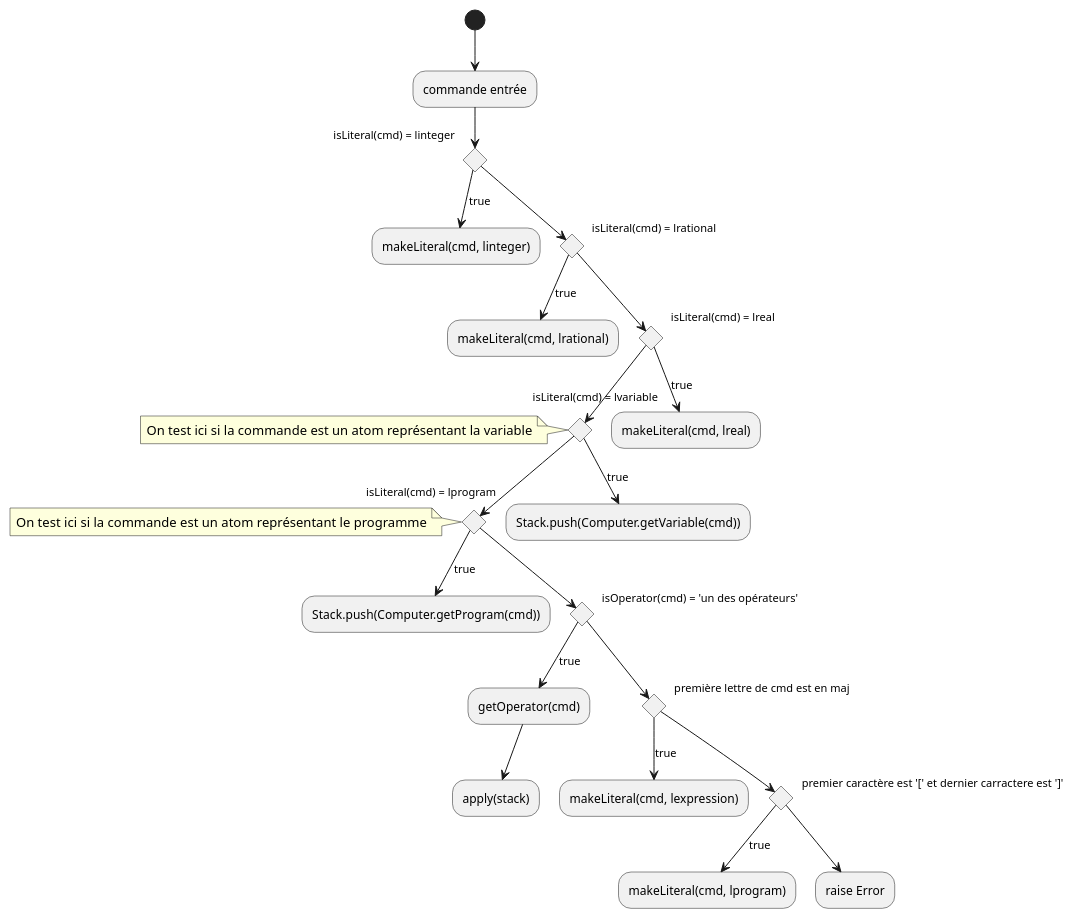
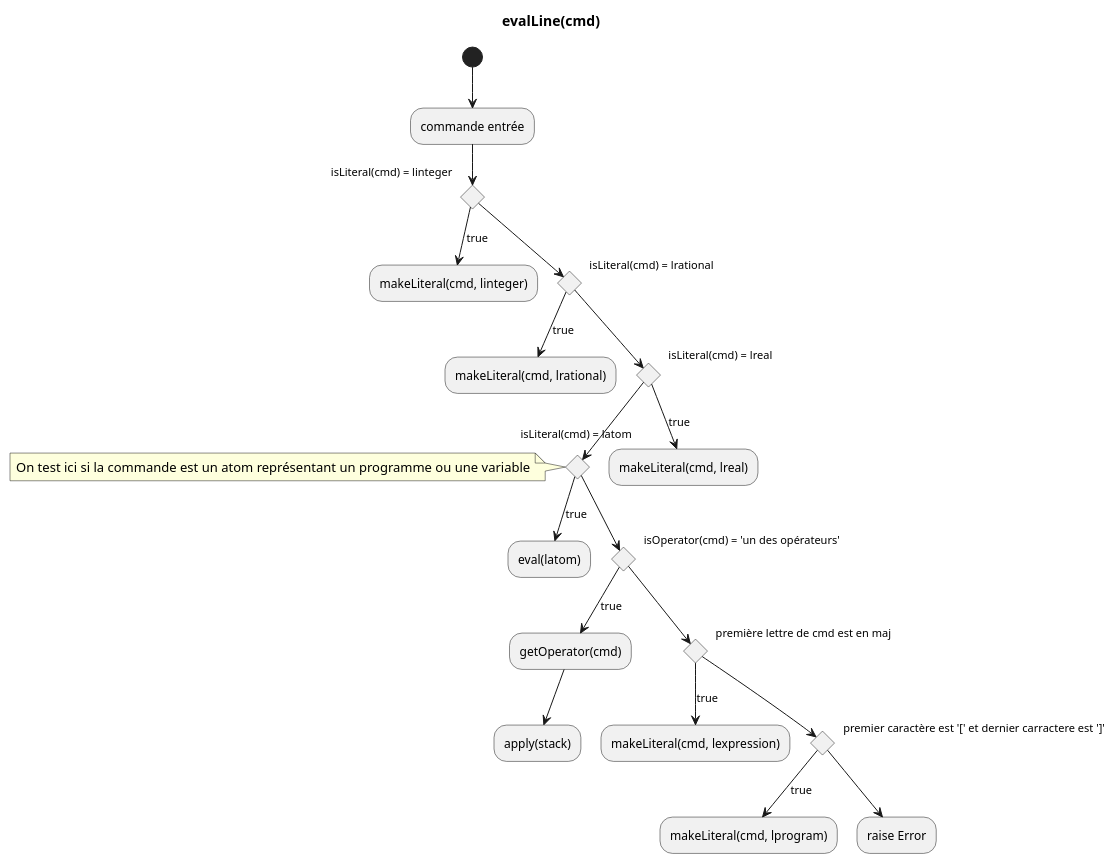
The diagram in UML/activiteTraitementCommande.plantuml (pltheoclement/LO21), drawn with PlantUML before and after one commit.

```diff
--- a/UML/activiteTraitementCommande.plantuml
+++ b/UML/activiteTraitementCommande.plantuml
@@ -1,39 +1,35 @@
 @startuml
+title evalLine(cmd)
 (*) --> "commande entrée"
 if "isLiteral(cmd) = linteger" then
   -->[true] "makeLiteral(cmd, linteger)"
 else
   if "isLiteral(cmd) = lrational" then
     -->[true] "makeLiteral(cmd, lrational)"
   else
     if "isLiteral(cmd) = lreal" then
       -->[true] "makeLiteral(cmd, lreal)"
     else
-      if "isLiteral(cmd) = lvariable" then
-      note left: On test ici si la commande est un atom représentant la variable
-        -->[true] "Stack.push(Computer.getVariable(cmd))"
-      else
-        if "isLiteral(cmd) = lprogram" then
-        note left: On test ici si la commande est un atom représentant le programme
-          -->[true] "Stack.push(Computer.getProgram(cmd))"
+        if "isLiteral(cmd) = latom" then
+        note left: On test ici si la commande est un atom représentant un programme ou une variable
+          -->[true] "eval(latom)"
         else
           if "isOperator(cmd) = 'un des opérateurs'" then
             -->[true] "getOperator(cmd)"
             --> apply(stack)
           else
             if "première lettre de cmd est en maj" then
               -->[true] "makeLiteral(cmd, lexpression)"
             else
               if "premier caractère est '[' et dernier carractere est ']'"
                 -->[true] "makeLiteral(cmd, lprogram)"
               else
                 --> "raise Error"
               endif
             endif
-          endif
         endif
       endif
     endif
   endif
 endif
 @enduml
```
